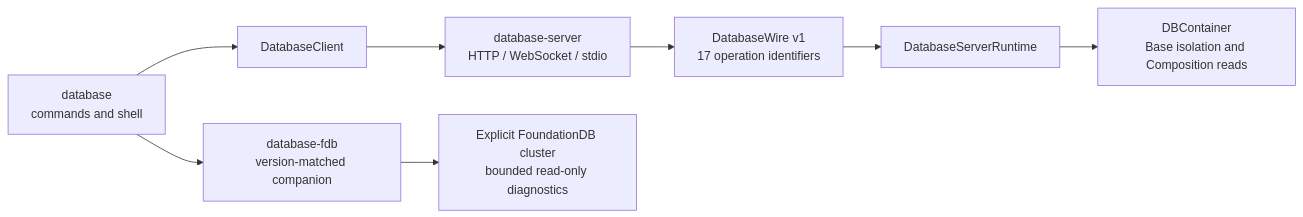
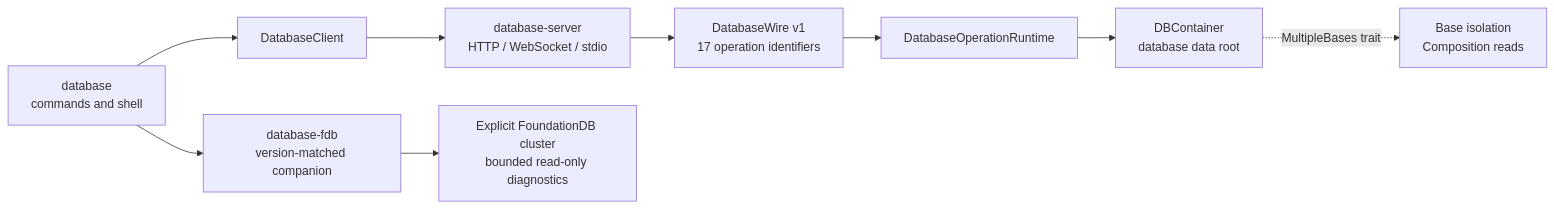
Before and after one commit to 1amageek/database-cli: the diagram in README.md, drawn with Mermaid. The commit also changed other lines of this file and 21 other files, not shown here.

Commit message:
Align CLI with database-root execution

````diff
--- a/README.md
+++ b/README.md
@@ -10,11 +10,12 @@
 ```mermaid
 flowchart LR
     CLI["database<br/>commands and shell"] --> Client["DatabaseClient"]
     Client --> Host["database-server<br/>HTTP / WebSocket / stdio"]
     Host --> Wire["DatabaseWire v1<br/>17 operation identifiers"]
-    Wire --> Runtime["DatabaseServerRuntime"]
-    Runtime --> Container["DBContainer<br/>Base isolation and Composition reads"]
+    Wire --> Runtime["DatabaseOperationRuntime"]
+    Runtime --> Container["DBContainer<br/>database data root"]
+    Container -. "MultipleBases trait" .-> Bases["Base isolation<br/>Composition reads"]
 
     CLI --> Helper["database-fdb<br/>version-matched companion"]
     Helper --> FDB["Explicit FoundationDB cluster<br/>bounded read-only diagnostics"]
 ```
````
